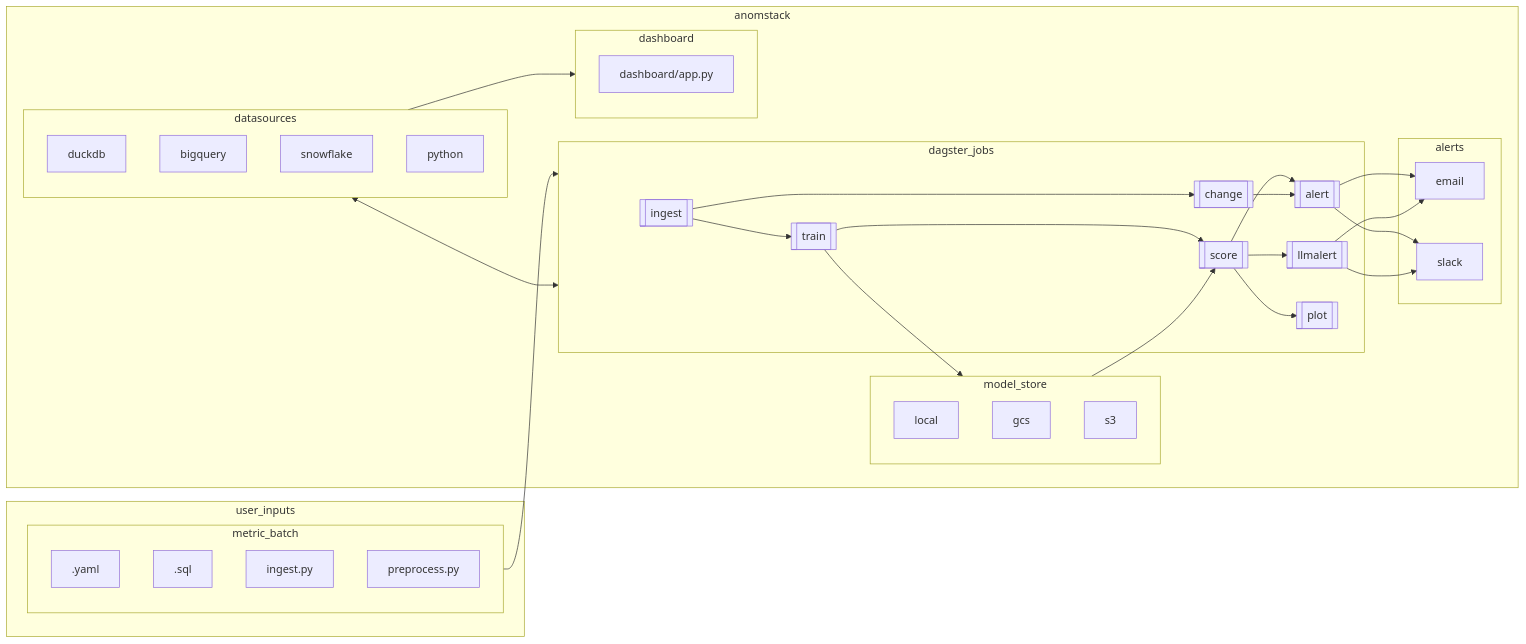
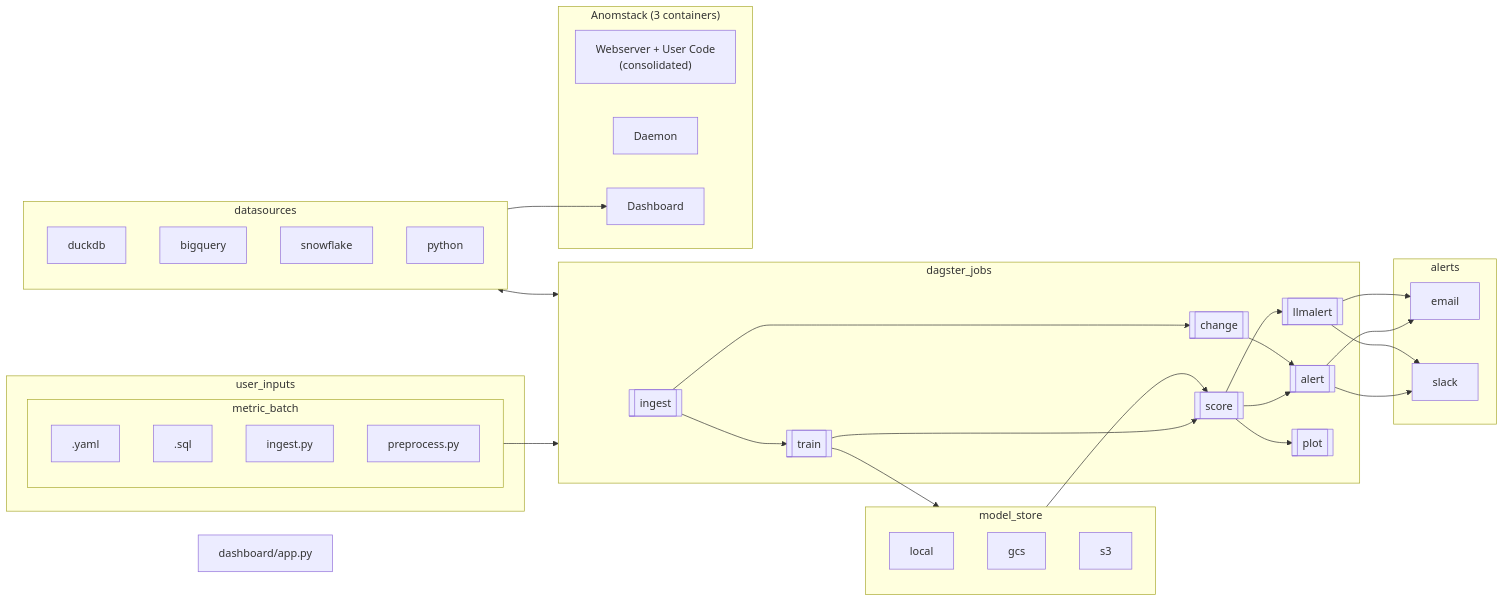
The diagram in README.md (andrewm4894/anomstack), drawn with Mermaid before and after one commit. The commit also changed other lines of this file and 2 other files, not shown here.

Commit message:
Update documentation to reflect gRPC-free 3-container architecture
- Update README.md: Add 3-container architecture overview, consolidated approach benefits
- Update DOCKER.md: Replace 4-container references with 3-container setup, remove gRPC code server
- Update ARCHITECTURE.md: Add reliability principle, update Docker deployment diagram, modernize tech stack
- Emphasize direct Python module loading eliminates network overhead and improves stability
- Update Makefile command references and troubleshooting sections for consolidated webserver

🤖 Generated with [Claude Code](https://claude.ai/code)

````diff
--- a/README.md
+++ b/README.md
@@ -265,23 +275,16 @@
     metric_batch
     end
 
-    subgraph anomstack
-    dagster_jobs
-    datasources
-    model_store
-    alerts
-    llmalert
-    dashboard
+    subgraph anomstack_containers["Anomstack (3 containers)"]
+    consolidated_webserver["Webserver + User Code<br/>(consolidated)"]
+    daemon_container["Daemon"]
+    dashboard_container["Dashboard"]
     end
 
     subgraph model_store
     local
     gcs
     s3
-    end
-
-    subgraph dashboard
-    dashboardpy
     end
 
     ingest --> train
@@ -302,6 +305,6 @@
     datasources <--> dagster_jobs
     train --> model_store
     model_store --> score
-    datasources --> dashboard
+    datasources --> dashboard_container
 
 ```
````
